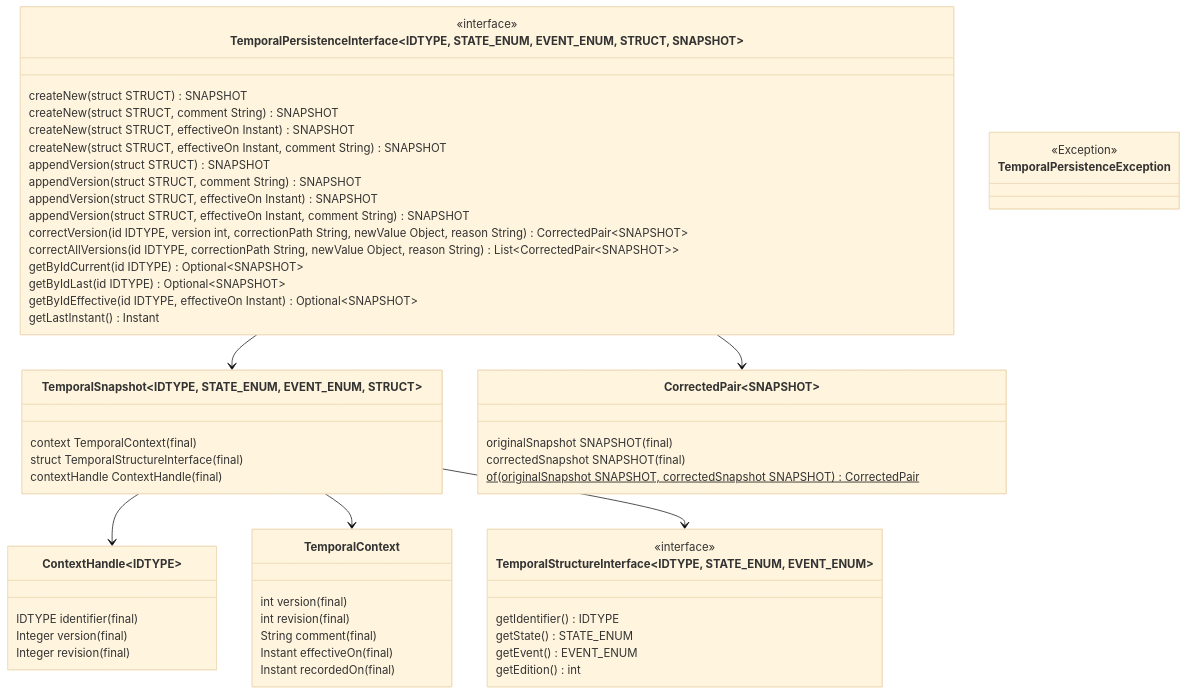
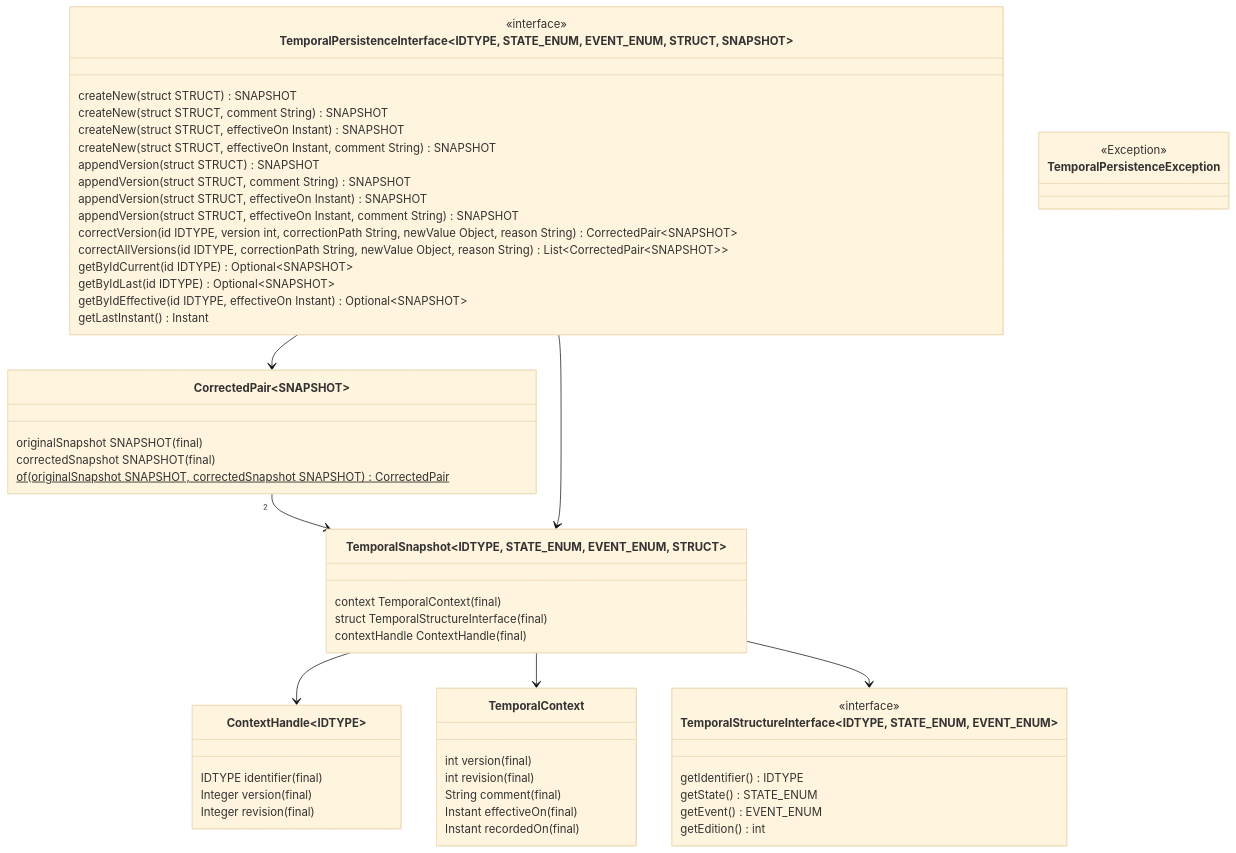
The diagram in README.md (drp2179/bi-temporal-data-base-lib), drawn with Mermaid (base theme) before and after one commit.

Commit message:
corrected pair -> temporal snapshot relationship

````diff
--- a/README.md
+++ b/README.md
@@ -7,73 +7,75 @@
 ```mermaid
 classDiagram
     
     class TemporalContext {
         int version (final)
         int revision (final)
         String comment (final)
         Instant effectiveOn (final)
         Instant recordedOn (final)
     }
 
     class ContextHandle~IDTYPE~ {
         IDTYPE identifier (final)
         Integer version (final)
         Integer revision (final)
     }
 
     class TemporalStructureInterface~IDTYPE, STATE_ENUM, EVENT_ENUM~ {
         <<interface>>
         getIdentifier() IDTYPE
         getState() STATE_ENUM
         getEvent() EVENT_ENUM
         getEdition() int
     }
 
     class TemporalSnapshot~IDTYPE, STATE_ENUM, EVENT_ENUM, STRUCT~ {
         context TemporalContext (final)
         struct TemporalStructureInterface (final)
         contextHandle ContextHandle (final)
     }
 
     TemporalSnapshot --> ContextHandle
     TemporalSnapshot --> TemporalContext
     TemporalSnapshot --> TemporalStructureInterface
     
     class CorrectedPair~SNAPSHOT~ {
 			originalSnapshot SNAPSHOT (final)
 			correctedSnapshot SNAPSHOT (final)
 
 			of(originalSnapshot SNAPSHOT, correctedSnapshot SNAPSHOT) CorrectedPair $
     }
+    
+    CorrectedPair "2" --> TemporalSnapshot
 
     class TemporalPersistenceInterface~IDTYPE, STATE_ENUM, EVENT_ENUM, STRUCT, SNAPSHOT~ {
         <<interface>>
 
         createNew(struct STRUCT) SNAPSHOT
         createNew(struct STRUCT, comment String) SNAPSHOT
         createNew(struct STRUCT, effectiveOn Instant) SNAPSHOT
         createNew(struct STRUCT, effectiveOn Instant, comment String) SNAPSHOT
         
         appendVersion(struct STRUCT) SNAPSHOT
         appendVersion(struct STRUCT, comment String) SNAPSHOT
         appendVersion(struct STRUCT, effectiveOn Instant) SNAPSHOT
         appendVersion(struct STRUCT, effectiveOn Instant, comment String) SNAPSHOT
         
         correctVersion(id IDTYPE, version int, correctionPath String, newValue Object, reason String) CorrectedPair~SNAPSHOT~
         correctAllVersions(id IDTYPE, correctionPath String, newValue Object, reason String) List~CorrectedPair~SNAPSHOT~~
         
         getByIdCurrent(id IDTYPE) Optional~SNAPSHOT~
         getByIdLast(id IDTYPE) Optional~SNAPSHOT~
         getByIdEffective(id IDTYPE, effectiveOn Instant) Optional~SNAPSHOT~
         
         getLastInstant() Instant
     }
 
     TemporalPersistenceInterface --> TemporalSnapshot
     TemporalPersistenceInterface --> CorrectedPair
     
     class TemporalPersistenceException {
     	<<Exception>>
     }
 
 ```
````
